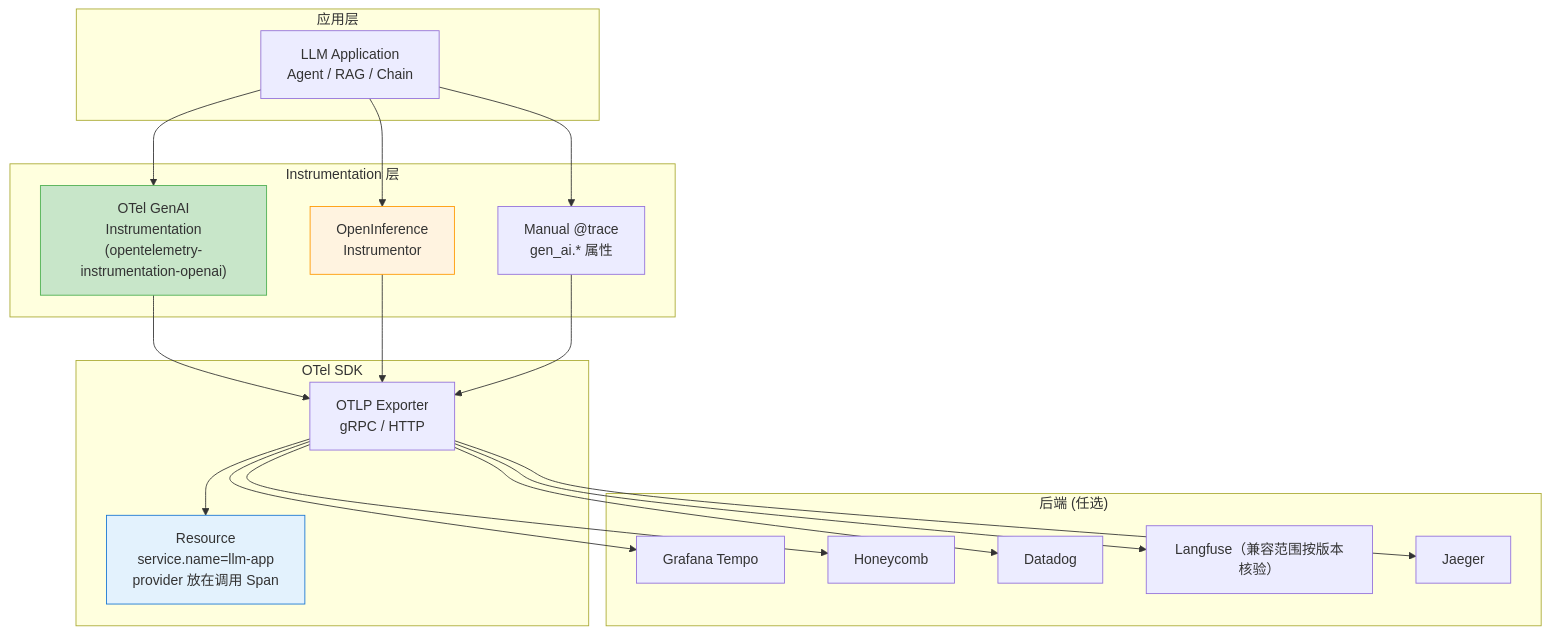
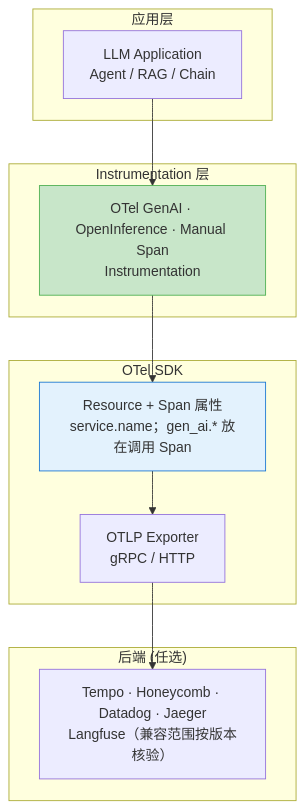
The ninth of 11 diagrams in 20_LLMOps与模型可观测性.md (BeefWrap4/LLM-Knowledge-Base), drawn with Mermaid before and after one commit. The commit also changed other lines of this file and 8 other files, not shown here.

Commit message:
Fix Mermaid semantics and Obsidian layouts

````diff
--- a/20_LLMOps与模型可观测性.md
+++ b/20_LLMOps与模型可观测性.md
@@ -2542,42 +2548,27 @@
 ```mermaid
 graph TD
     subgraph "应用层"
         APP["LLM Application<br/>Agent / RAG / Chain"]
     end
     
     subgraph "Instrumentation 层"
-        OTI["OTel GenAI<br/>Instrumentation<br/>(opentelemetry-instrumentation-openai)"]
-        OIF["OpenInference<br/>Instrumentor"]
-        MANUAL["Manual @trace<br/>gen_ai.* 属性"]
+        INST["OTel GenAI · OpenInference · Manual Span<br/>Instrumentation"]
     end
     
     subgraph "OTel SDK"
+        RES["Resource + Span 属性<br/>service.name；gen_ai.* 放在调用 Span"]
         EXP["OTLP Exporter<br/>gRPC / HTTP"]
-        RES["Resource<br/>service.name=llm-app<br/>provider 放在调用 Span"]
     end
     
     subgraph "后端 (任选)"
-        TEMPO["Grafana Tempo"]
-        HONEY["Honeycomb"]
-        DD["Datadog"]
-        LF["Langfuse（兼容范围按版本核验）"]
-        JAEGER["Jaeger"]
+        BACKENDS["Tempo · Honeycomb · Datadog · Jaeger<br/>Langfuse（兼容范围按版本核验）"]
     end
     
-    APP --> OTI
-    APP --> OIF
-    APP --> MANUAL
-    OTI --> EXP
-    OIF --> EXP
-    MANUAL --> EXP
-    EXP --> RES
-    EXP --> TEMPO
-    EXP --> HONEY
-    EXP --> DD
-    EXP --> LF
-    EXP --> JAEGER
-    
-    style OTI fill:#c8e6c9,stroke:#4caf50
-    style OIF fill:#fff3e0,stroke:#ff9800
+    APP --> INST
+    INST --> RES
+    RES --> EXP
+    EXP --> BACKENDS
+
+    style INST fill:#c8e6c9,stroke:#4caf50
     style RES fill:#e3f2fd,stroke:#1976d2
 ```
````
